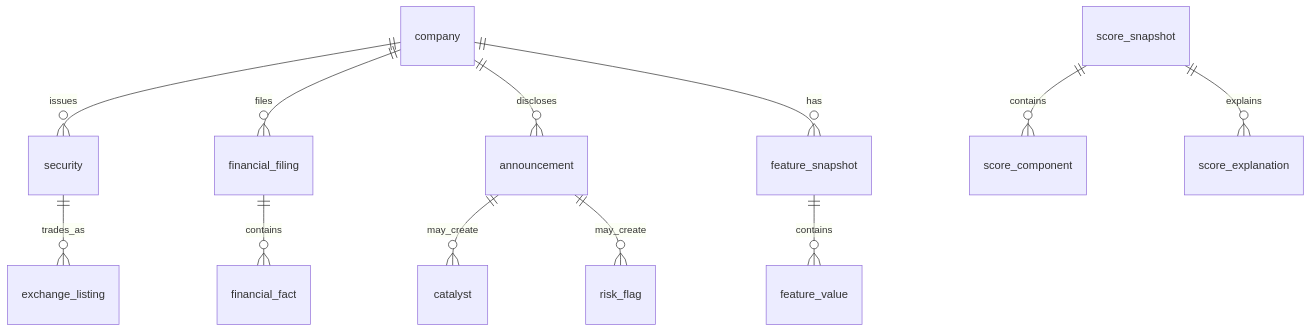
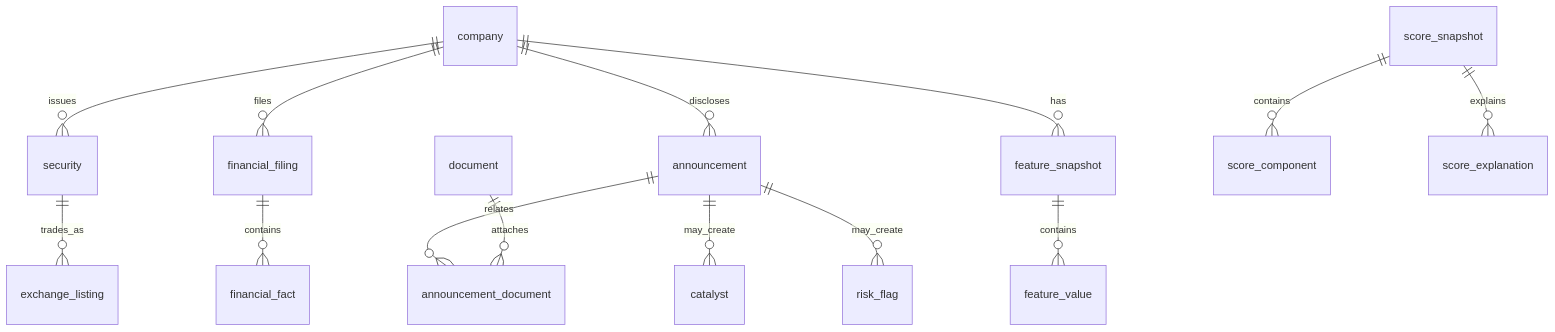
One commit to sashank-810/Inflector changed the diagram in docs/data-model.md. Above: the diagram before and after it, drawn with Mermaid. The commit also changed other lines of this file and 19 other files, not shown here.

Commit message:
feat: add announcement document evidence foundation

````diff
--- a/docs/data-model.md
+++ b/docs/data-model.md
@@ -19,14 +19,16 @@
 ```mermaid
 erDiagram
   company ||--o{ security : issues
   security ||--o{ exchange_listing : trades_as
   company ||--o{ financial_filing : files
   financial_filing ||--o{ financial_fact : contains
   company ||--o{ announcement : discloses
+  announcement ||--o{ announcement_document : relates
+  document ||--o{ announcement_document : attaches
   announcement ||--o{ catalyst : may_create
   announcement ||--o{ risk_flag : may_create
   company ||--o{ feature_snapshot : has
   feature_snapshot ||--o{ feature_value : contains
   score_snapshot ||--o{ score_component : contains
   score_snapshot ||--o{ score_explanation : explains
 ```
````
